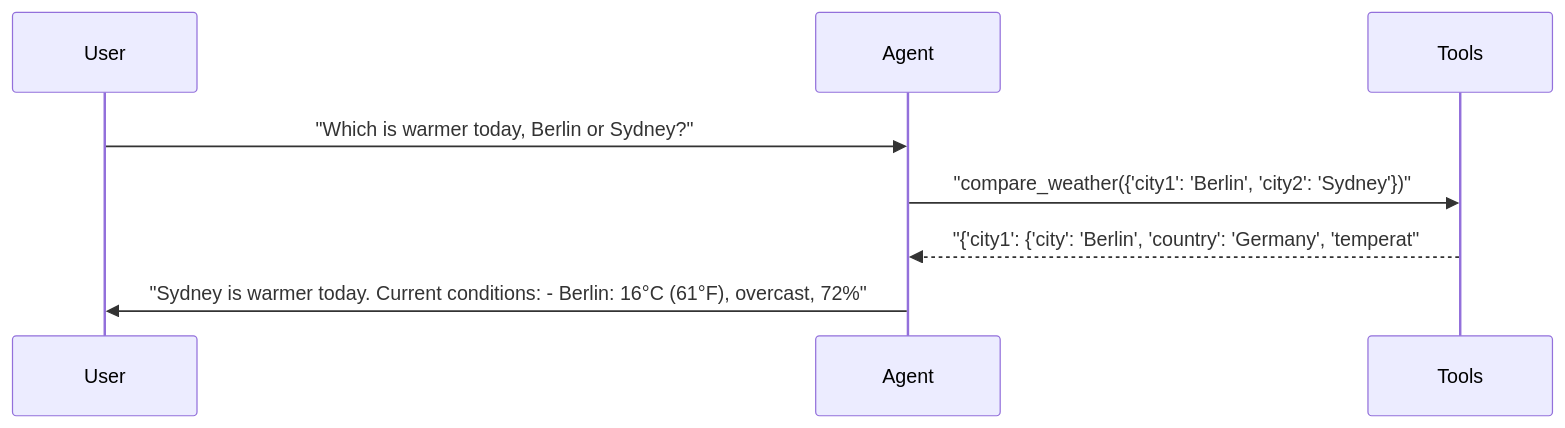
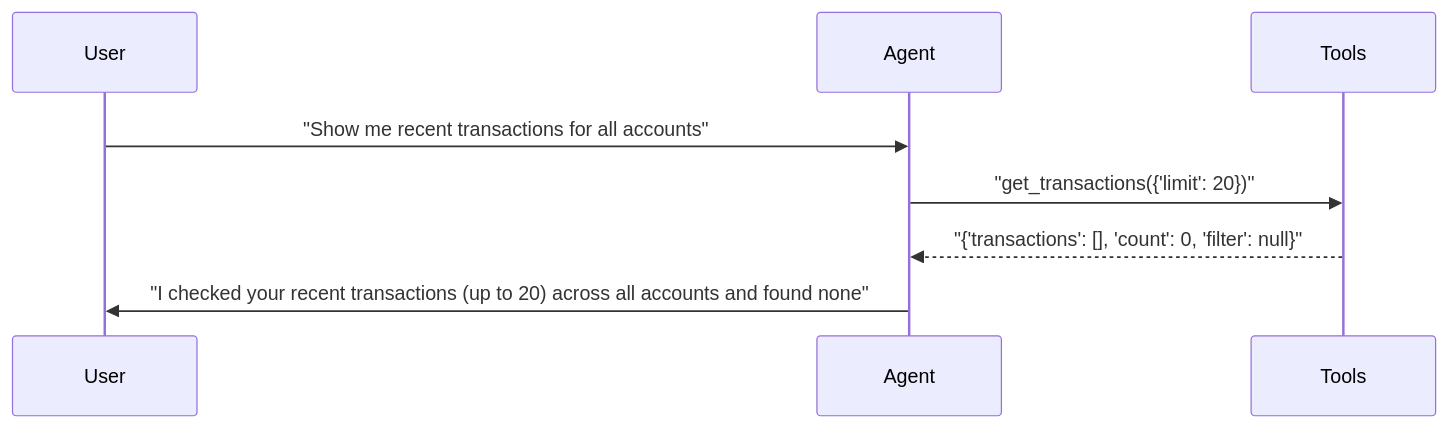
One commit to sbroenne/pytest-aitest changed the third of 4 diagrams in docs/reports/01_single_agent.md. Above: the diagram before and after it, drawn with Mermaid. The commit also changed other lines of this file and 132 other files, not shown here.

````diff
--- a/docs/reports/01_single_agent.md
+++ b/docs/reports/01_single_agent.md
@@ -207,11 +233,11 @@
 ```mermaid
 sequenceDiagram
     participant User
     participant Agent
     participant Tools
 
-    User->>Agent: "Which is warmer today, Berlin or Sydney?"
-    Agent->>Tools: "compare_weather({'city1': 'Berlin', 'city2': 'Sydney'})"
-    Tools-->>Agent: "{'city1': {'city': 'Berlin', 'country': 'Germany', 'temperat"
-    Agent->>User: "Sydney is warmer today. Current conditions: - Berlin: 16°C (61°F), overcast, 72%"
+    User->>Agent: "Show me recent transactions for all accounts"
+    Agent->>Tools: "get_transactions({'limit': 20})"
+    Tools-->>Agent: "{'transactions': [], 'count': 0, 'filter': null}"
+    Agent->>User: "I checked your recent transactions (up to 20) across all accounts and found none"
 ```
````
